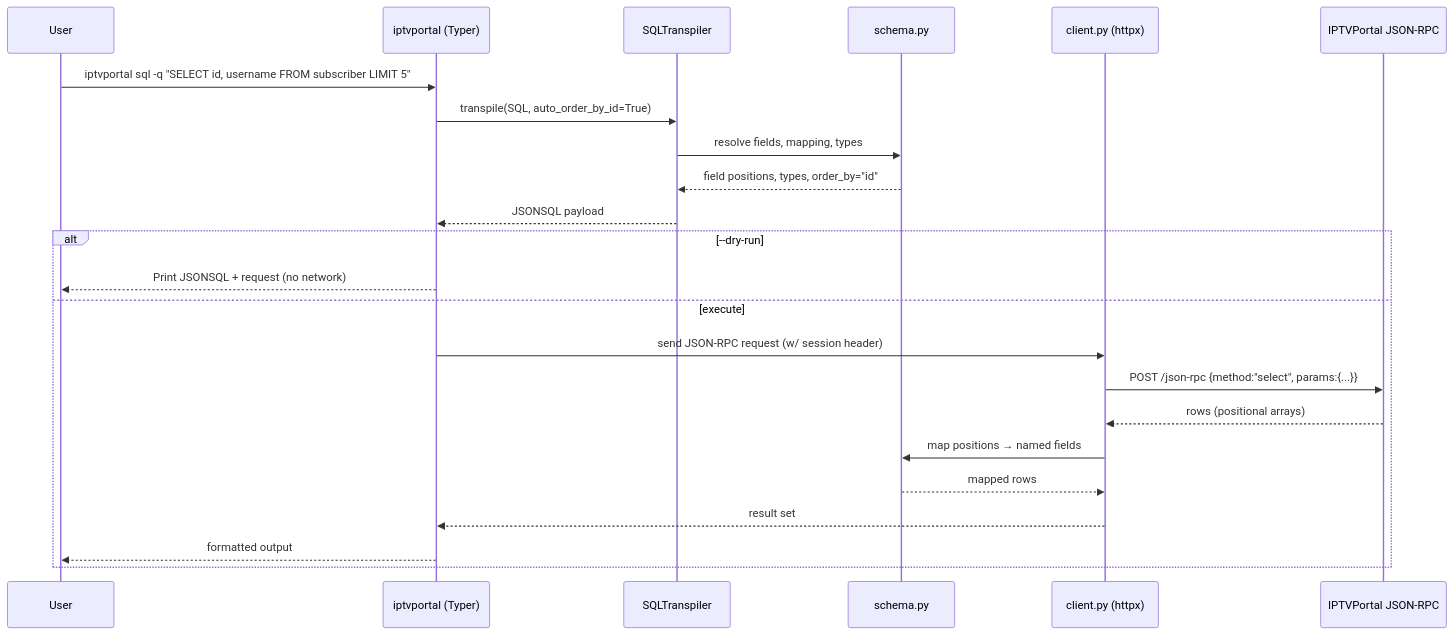
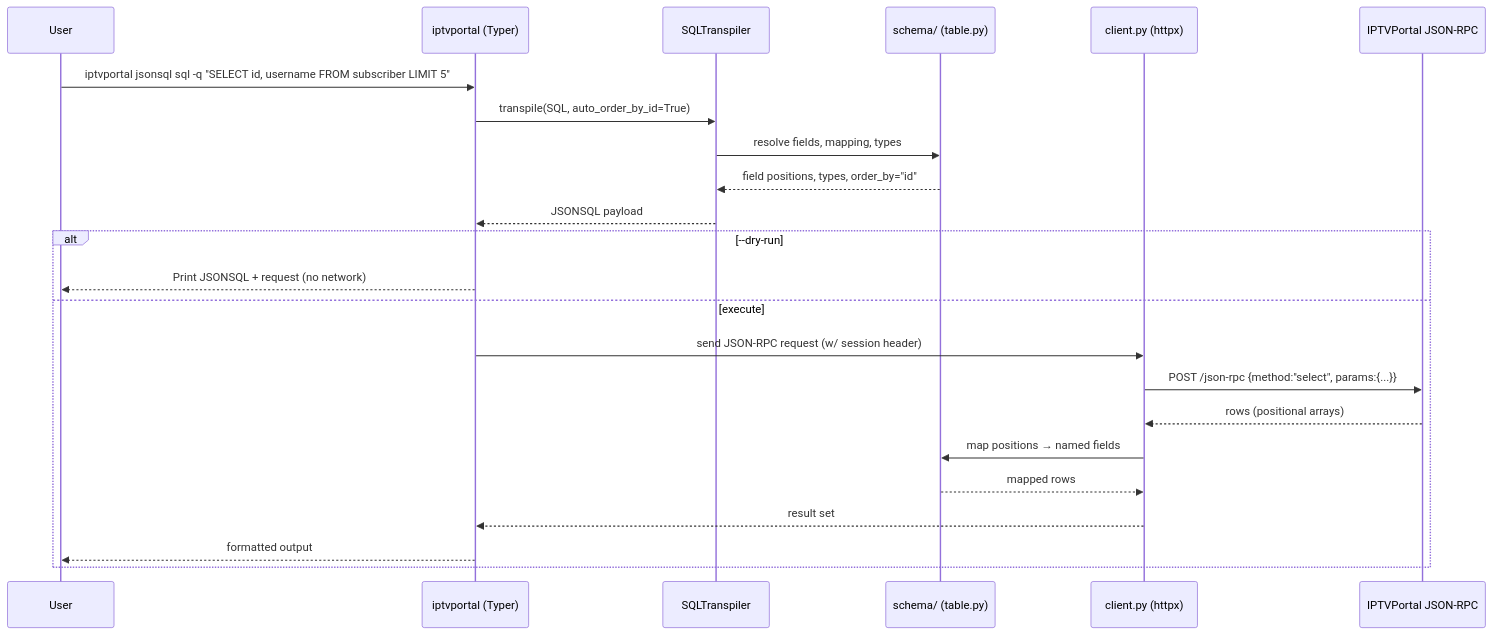
One commit to pv-udpv/iptvportal-client changed the second of 5 diagrams in README.md. Above: the diagram before and after it, drawn with Mermaid. The commit also changed other lines of this file, not shown here.

Commit message:
Update architecture diagrams to reflect current CLI structure

````diff
--- a/README.md
+++ b/README.md
@@ -745,26 +745,26 @@
 ```mermaid
 sequenceDiagram
   participant U as User
   participant CLI as iptvportal (Typer)
   participant TRANS as SQLTranspiler
-  participant SCHEMA as schema.py
+  participant SCHEMA as schema/ (table.py)
   participant CLIENT as client.py (httpx)
   participant RPC as IPTVPortal JSON-RPC
 
-  U->>CLI: iptvportal sql -q "SELECT id, username FROM subscriber LIMIT 5"
+  U->>CLI: iptvportal jsonsql sql -q "SELECT id, username FROM subscriber LIMIT 5"
   CLI->>TRANS: transpile(SQL, auto_order_by_id=True)
   TRANS->>SCHEMA: resolve fields, mapping, types
   SCHEMA-->>TRANS: field positions, types, order_by="id"
   TRANS-->>CLI: JSONSQL payload
   alt --dry-run
     CLI-->>U: Print JSONSQL + request (no network)
   else execute
     CLI->>CLIENT: send JSON-RPC request (w/ session header)
     CLIENT->>RPC: POST /json-rpc {method:"select", params:{...}}
     RPC-->>CLIENT: rows (positional arrays)
     CLIENT->>SCHEMA: map positions → named fields
     SCHEMA-->>CLIENT: mapped rows
     CLIENT-->>CLI: result set
     CLI-->>U: formatted output
   end
 ```
````
